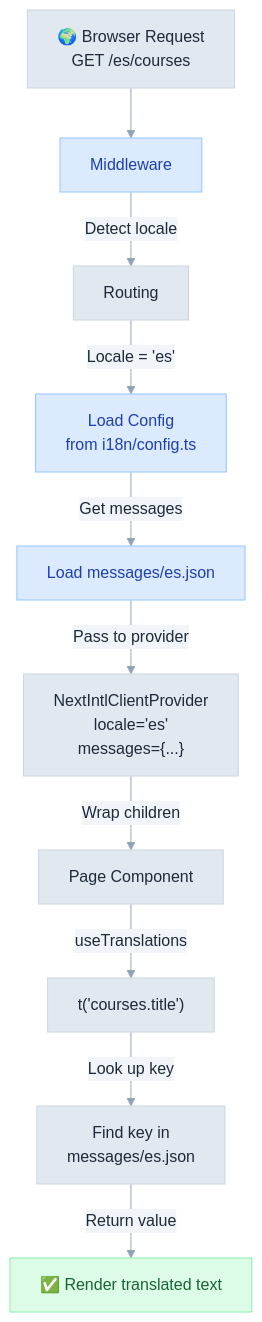
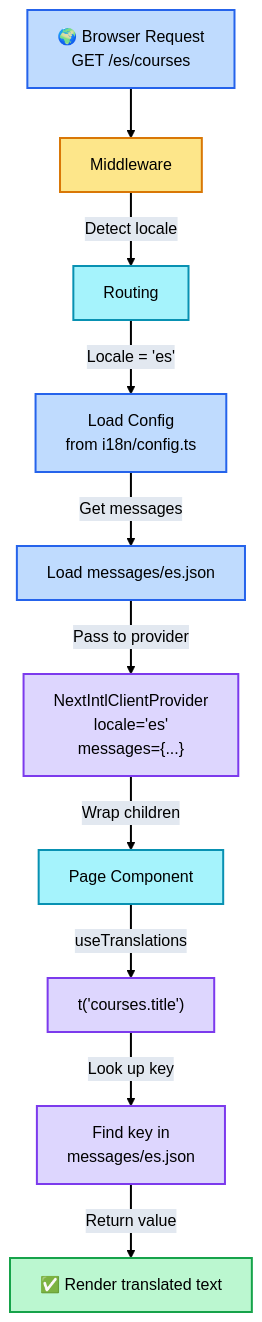
Before and after one commit to 3DHDSoft/devmultiplier-academy: the diagram in doc/multilingual-implementation-guide.md, drawn with Mermaid. The commit also changed other lines of this file and 17 other files, not shown here.

````diff
--- a/doc/multilingual-implementation-guide.md
+++ b/doc/multilingual-implementation-guide.md
@@ -71,30 +71,40 @@
 ```mermaid
 %%{init: {'theme': 'base', 'themeVariables': {
-  'primaryColor': '#e2e8f0',
-  'primaryTextColor': '#1e293b',
-  'primaryBorderColor': '#cbd5e1',
-  'lineColor': '#94a3b8',
-  'secondaryColor': '#f1f5f9',
-  'tertiaryColor': '#f8fafc',
+  'primaryColor': '#bfdbfe',
+  'primaryTextColor': '#000000',
+  'primaryBorderColor': '#3b82f6',
+  'lineColor': '#000000',
+  'secondaryColor': '#ddd6fe',
+  'tertiaryColor': '#a5f3fc',
   'background': '#ffffff',
-  'textColor': '#334155',
+  'textColor': '#000000',
+  'edgeLabelBackground': '#e2e8f0',
   'fontFamily': 'system-ui, -apple-system, sans-serif'
-}}}%%graph TD
+}}}%%
+graph TD
     Browser["🌍 Browser Request<br/>GET /es/courses"] --> Middleware["Middleware"]
     Middleware -->|Detect locale| Routing["Routing"]
 
     Routing -->|Locale = 'es'| Config["Load Config<br/>from i18n/config.ts"]
     Config -->|Get messages| Messages["Load messages/es.json"]
 
     Messages -->|Pass to provider| Provider["NextIntlClientProvider<br/>locale='es'<br/>messages={...}"]
     Provider -->|Wrap children| Page["Page Component"]
 
     Page -->|useTranslations| Trans["t('courses.title')"]
     Trans -->|Look up key| Lookup["Find key in<br/>messages/es.json"]
     Lookup -->|Return value| Render["✅ Render translated text"]
 
-    style Middleware fill:#dbeafe,stroke:#93c5fd,color:#1e40af
-    style Config fill:#dbeafe,stroke:#93c5fd,color:#1e40af
-    style Messages fill:#dbeafe,stroke:#93c5fd,color:#1e40af
-    style Render fill:#dcfce7,stroke:#86efac,color:#166534
+    style Browser fill:#bfdbfe,stroke:#2563eb,color:#000000,stroke-width:2px
+    style Middleware fill:#fde68a,stroke:#d97706,color:#000000,stroke-width:2px
+    style Routing fill:#a5f3fc,stroke:#0891b2,color:#000000,stroke-width:2px
+    style Config fill:#bfdbfe,stroke:#2563eb,color:#000000,stroke-width:2px
+    style Messages fill:#bfdbfe,stroke:#2563eb,color:#000000,stroke-width:2px
+    style Provider fill:#ddd6fe,stroke:#7c3aed,color:#000000,stroke-width:2px
+    style Page fill:#a5f3fc,stroke:#0891b2,color:#000000,stroke-width:2px
+    style Trans fill:#ddd6fe,stroke:#7c3aed,color:#000000,stroke-width:2px
+    style Lookup fill:#ddd6fe,stroke:#7c3aed,color:#000000,stroke-width:2px
+    style Render fill:#bbf7d0,stroke:#16a34a,color:#000000,stroke-width:2px
+
+    linkStyle default stroke:#000000,stroke-width:2px
 ```
````
